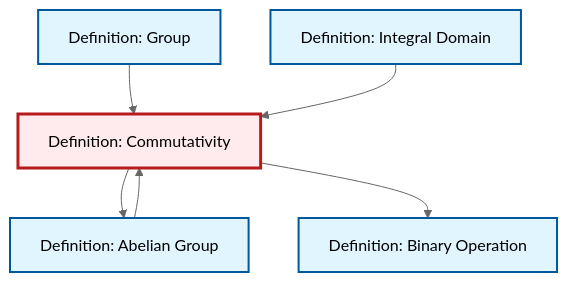
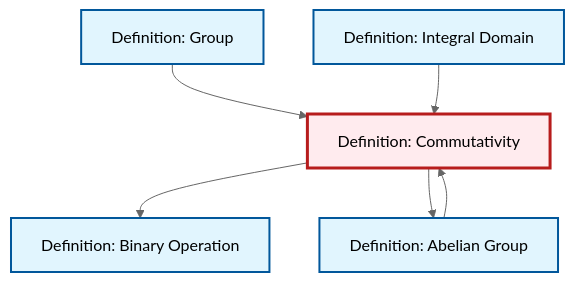
Before and after one commit to RK0429/ModernMath: the diagram in content/ja/algebra/def-commutativity.qmd, drawn with Mermaid (neutral theme). The commit also changed other lines of this file and 654 other files, not shown here.

````diff
--- a/content/ja/algebra/def-commutativity.qmd
+++ b/content/ja/algebra/def-commutativity.qmd
@@ -102,24 +102,24 @@
 ```{mermaid}
 %%| fig-cap: "Local dependency graph"
 graph TD
     classDef definition fill:#e1f5fe,stroke:#01579b,stroke-width:2px
     classDef theorem fill:#f3e5f5,stroke:#4a148c,stroke-width:2px
     classDef axiom fill:#fff3e0,stroke:#e65100,stroke-width:2px
     classDef example fill:#e8f5e9,stroke:#1b5e20,stroke-width:2px
     classDef current fill:#ffebee,stroke:#b71c1c,stroke-width:3px
     def-group["Definition: Group"]:::definition
-    def-abelian-group["Definition: Abelian Group"]:::definition
     def-binary-operation["Definition: Binary Operation"]:::definition
     def-integral-domain["Definition: Integral Domain"]:::definition
     def-commutativity["Definition: Commutativity"]:::definition
-    def-abelian-group --> def-commutativity
+    def-abelian-group["Definition: Abelian Group"]:::definition
+    def-commutativity --> def-binary-operation
     def-commutativity --> def-abelian-group
     def-group --> def-commutativity
-    def-commutativity --> def-binary-operation
+    def-abelian-group --> def-commutativity
     def-integral-domain --> def-commutativity
     class def-commutativity current
     click def-group "def-group.html" "Definition: Groupへ"
-    click def-abelian-group "def-abelian-group.html" "Definition: Abelian Groupへ"
     click def-binary-operation "def-binary-operation.html" "Definition: Binary Operationへ"
     click def-integral-domain "def-integral-domain.html" "Definition: Integral Domainへ"
+    click def-abelian-group "def-abelian-group.html" "Definition: Abelian Groupへ"
 ```
````
